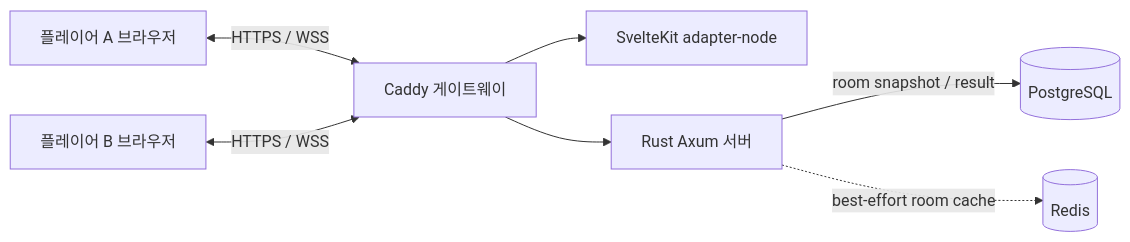
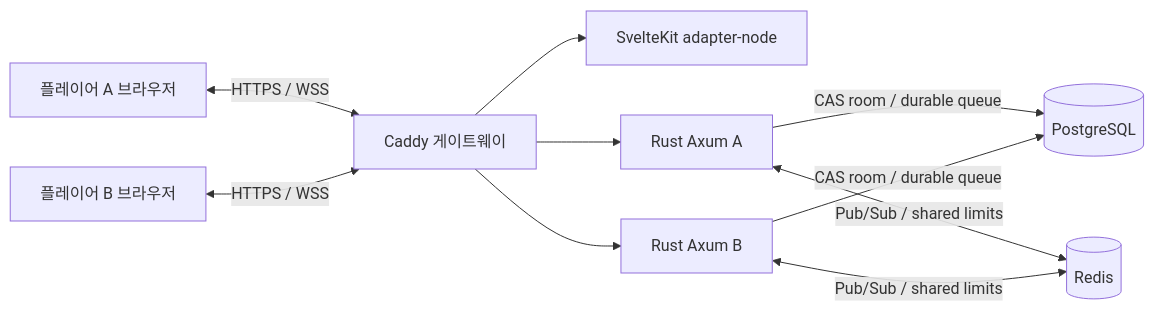
The diagram in README.md (667700996-Games/Mk.02-NavalBattleBoardGame), drawn with Mermaid before and after one commit. The commit also changed other lines of this file and 3 other files, not shown here.

````diff
--- a/README.md
+++ b/README.md
@@ -44,9 +45,12 @@
 ```mermaid
 flowchart LR
   A[플레이어 A 브라우저] <-->|HTTPS / WSS| G[Caddy 게이트웨이]
   B[플레이어 B 브라우저] <-->|HTTPS / WSS| G
   G --> W[SvelteKit adapter-node]
-  G --> S[Rust Axum 서버]
-  S -->|room snapshot / result| P[(PostgreSQL)]
-  S -.->|best-effort room cache| R[(Redis)]
+  G --> S1[Rust Axum A]
+  G --> S2[Rust Axum B]
+  S1 -->|CAS room / durable queue| P[(PostgreSQL)]
+  S2 -->|CAS room / durable queue| P
+  S1 <-->|Pub/Sub / shared limits| R[(Redis)]
+  S2 <-->|Pub/Sub / shared limits| R
 ```
````
